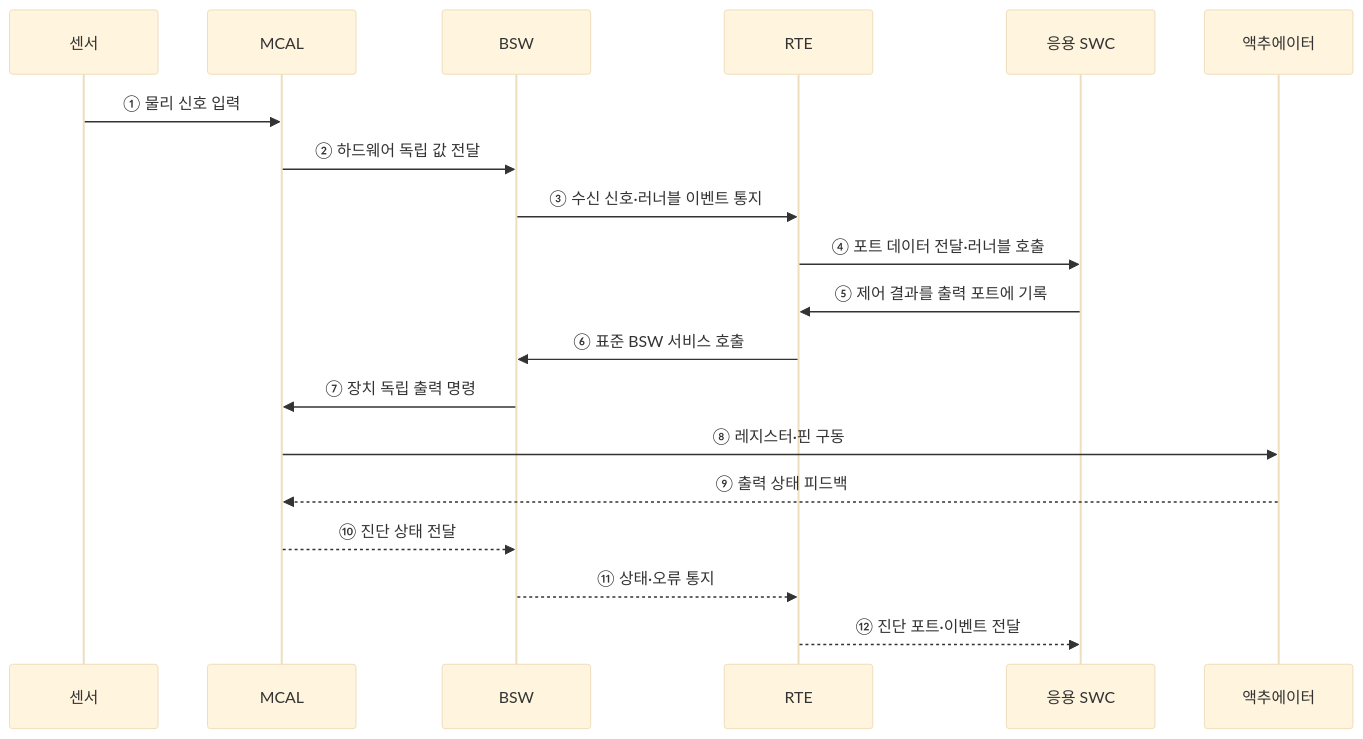
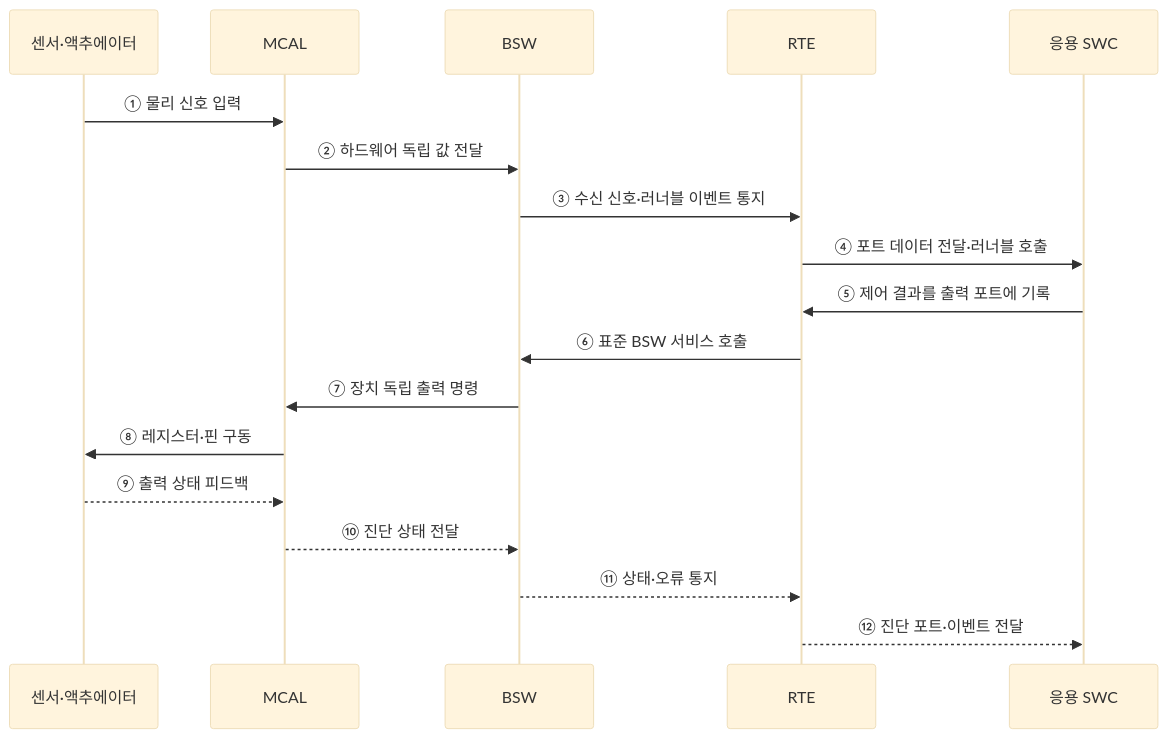
One commit to agnusdei1207/knowledge-base changed the second of 2 diagrams in src/content/docs/notes/02-hardware/067_autosar.md. Above: the diagram before and after it, drawn with Mermaid (base theme). The commit also changed other lines of this file and 20 other files, not shown here.

````diff
--- a/src/content/docs/notes/02-hardware/067_autosar.md
+++ b/src/content/docs/notes/02-hardware/067_autosar.md
@@ -103,22 +89,21 @@
 ```mermaid
 sequenceDiagram
-    participant S as 센서
+    participant D as 센서·액추에이터
     participant M as MCAL
     participant B as BSW
     participant R as RTE
     participant W as 응용 SWC
-    participant A as 액추에이터
 
-    S->>M: ① 물리 신호 입력
+    D->>M: ① 물리 신호 입력
     M->>B: ② 하드웨어 독립 값 전달
     B->>R: ③ 수신 신호·러너블 이벤트 통지
     R->>W: ④ 포트 데이터 전달·러너블 호출
     W->>R: ⑤ 제어 결과를 출력 포트에 기록
     R->>B: ⑥ 표준 BSW 서비스 호출
     B->>M: ⑦ 장치 독립 출력 명령
-    M->>A: ⑧ 레지스터·핀 구동
-    A-->>M: ⑨ 출력 상태 피드백
+    M->>D: ⑧ 레지스터·핀 구동
+    D-->>M: ⑨ 출력 상태 피드백
     M-->>B: ⑩ 진단 상태 전달
     B-->>R: ⑪ 상태·오류 통지
     R-->>W: ⑫ 진단 포트·이벤트 전달
 ```
````
